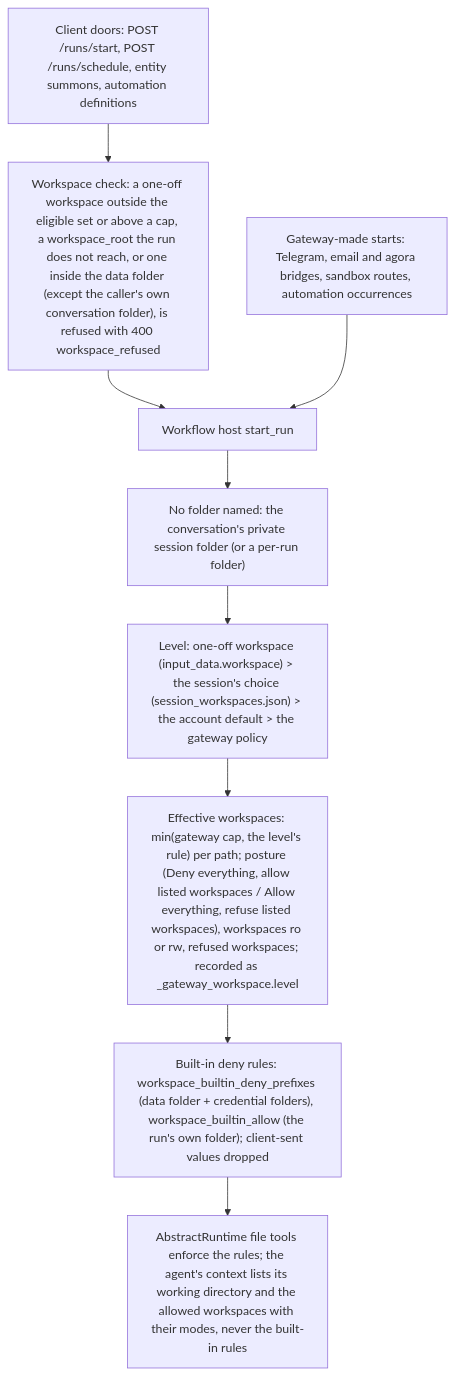
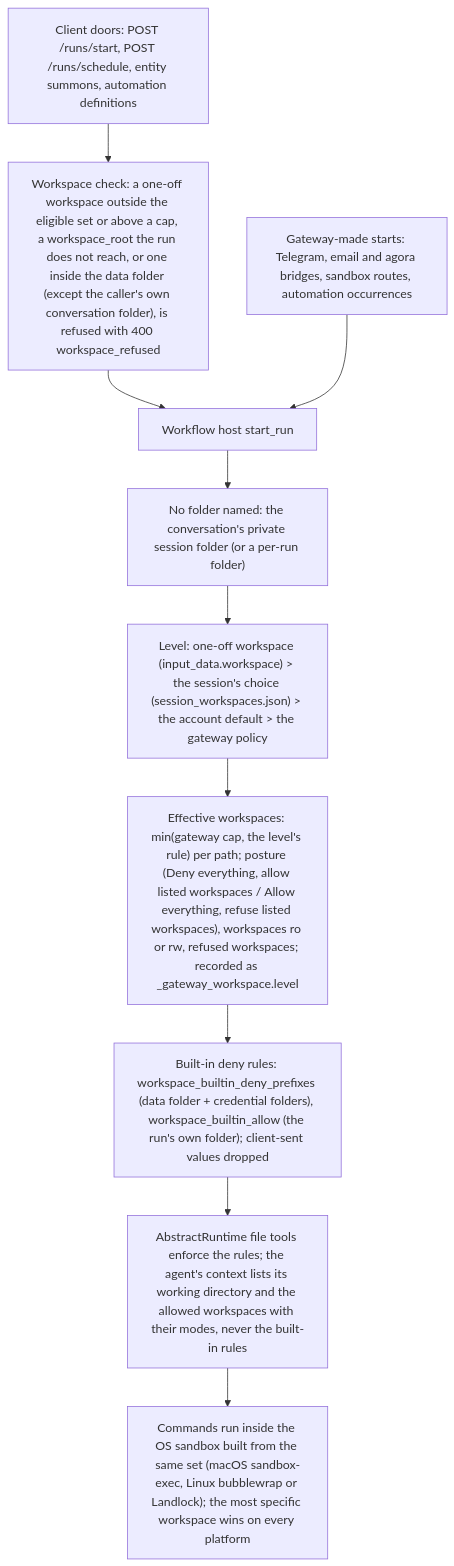
Before and after one commit to lpalbou/AbstractGateway: the sixth of 8 diagrams in docs/architecture.md, drawn with Mermaid. The commit also changed other lines of this file and 2 other files, not shown here.

Commit message:
docs (0.13.1 coredoc pass): architecture names account preferences (store, routes, who reads them) and the command sandbox step of the workspace guard (most specific workspace wins, Linux bubblewrap/Landlock); CHANGELOG without internal round labels; llms-full regenerated

````diff
--- a/docs/architecture.md
+++ b/docs/architecture.md
@@ -459,11 +466,12 @@
 ```mermaid
 flowchart TB
   Http["Client doors: POST /runs/start, POST /runs/schedule, entity summons, automation definitions"] --> Policy["Workspace check: a one-off workspace outside the eligible set or above a cap, a workspace_root the run does not reach, or one inside the data folder (except the caller's own conversation folder), is refused with 400 workspace_refused"]
   Policy --> Start["Workflow host start_run"]
   Internal["Gateway-made starts: Telegram, email and agora bridges, sandbox routes, automation occurrences"] --> Start
   Start --> Ensure["No folder named: the conversation's private session folder (or a per-run folder)"]
   Ensure --> Level["Level: one-off workspace (input_data.workspace) > the session's choice (session_workspaces.json) > the account default > the gateway policy"]
   Level --> Apply["Effective workspaces: min(gateway cap, the level's rule) per path; posture (Deny everything, allow listed workspaces / Allow everything, refuse listed workspaces), workspaces ro or rw, refused workspaces; recorded as _gateway_workspace.level"]
   Apply --> Deny["Built-in deny rules: workspace_builtin_deny_prefixes (data folder + credential folders), workspace_builtin_allow (the run's own folder); client-sent values dropped"]
   Deny --> Tools["AbstractRuntime file tools enforce the rules; the agent's context lists its working directory and the allowed workspaces with their modes, never the built-in rules"]
+  Tools --> Sandbox["Commands run inside the OS sandbox built from the same set (macOS sandbox-exec, Linux bubblewrap or Landlock); the most specific workspace wins on every platform"]
 ```
````
